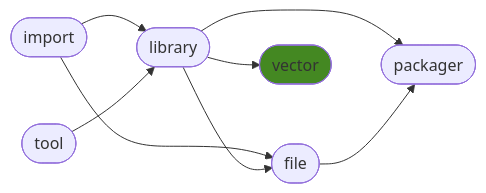
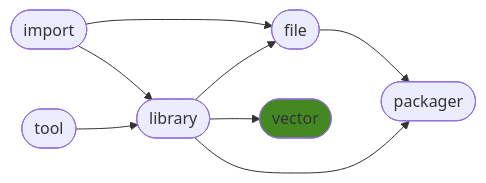
Before and after one commit to ManderaGeneral/generalvector: the diagram in README.md, drawn with Mermaid. The commit also changed other lines of this file, not shown here.

````diff
--- a/README.md
+++ b/README.md
@@ -24,17 +24,17 @@
 ```mermaid
 flowchart LR
 0([import]) --> 3([file])
-2([library]) --> 5([packager])
-0([import]) --> 2([library])
+3([file]) --> 5([packager])
 2([library]) --> 4([vector])
 2([library]) --> 3([file])
-3([file]) --> 5([packager])
+0([import]) --> 2([library])
 1([tool]) --> 2([library])
+2([library]) --> 5([packager])
 click 0 "https://github.com/ManderaGeneral/generalimport"
 click 1 "https://github.com/ManderaGeneral/generaltool"
 click 2 "https://github.com/ManderaGeneral/generallibrary"
 click 3 "https://github.com/ManderaGeneral/generalfile"
 click 4 "https://github.com/ManderaGeneral/generalvector"
 click 5 "https://github.com/ManderaGeneral/generalpackager"
 style 4 fill:#482
 ```
````
